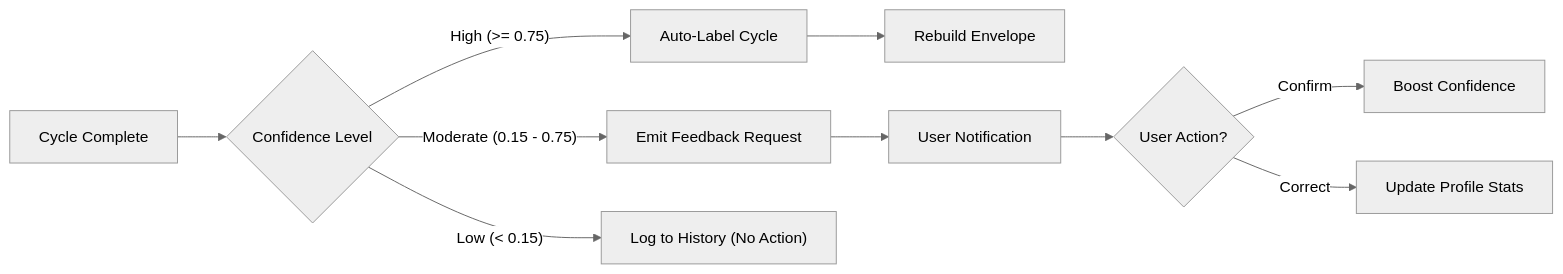
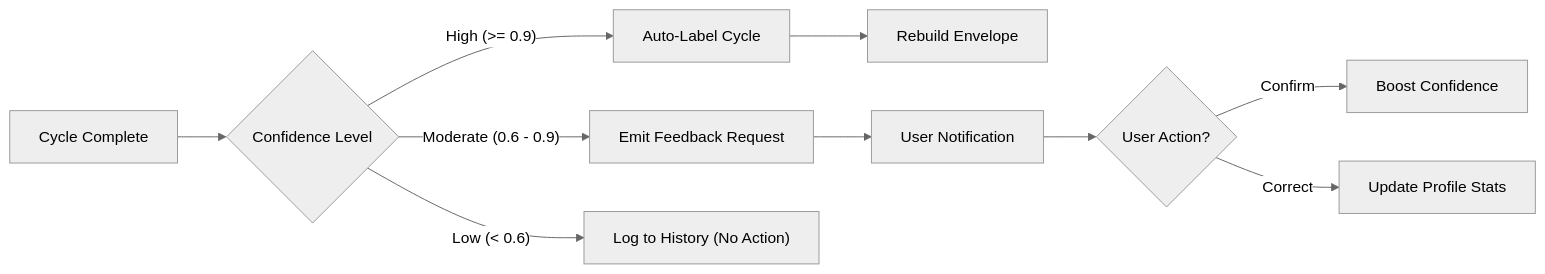
Before and after one commit to 3dg1luk43/ha_washdata: the fifth of 7 diagrams in IMPLEMENTATION.md, drawn with Mermaid (neutral theme). The commit also changed other lines of this file and 26 other files, not shown here.

````diff
--- a/IMPLEMENTATION.md
+++ b/IMPLEMENTATION.md
@@ -152,16 +152,16 @@
 ```mermaid
 graph LR
     A[Cycle Complete] --> B{Confidence Level}
     
-    B -- "High (>= 0.75)" --> C[Auto-Label Cycle]
+    B -- "High (>= 0.9)" --> C[Auto-Label Cycle]
     C --> D[Rebuild Envelope]
     
-    B -- "Moderate (0.15 - 0.75)" --> E[Emit Feedback Request]
+    B -- "Moderate (0.6 - 0.9)" --> E[Emit Feedback Request]
     E --> F[User Notification]
     F --> G{User Action?}
     
     G -- Confirm --> H[Boost Confidence]
     G -- Correct --> I[Update Profile Stats]
     
-    B -- "Low (< 0.15)" --> J["Log to History (No Action)"]
+    B -- "Low (< 0.6)" --> J["Log to History (No Action)"]
 ```
````
